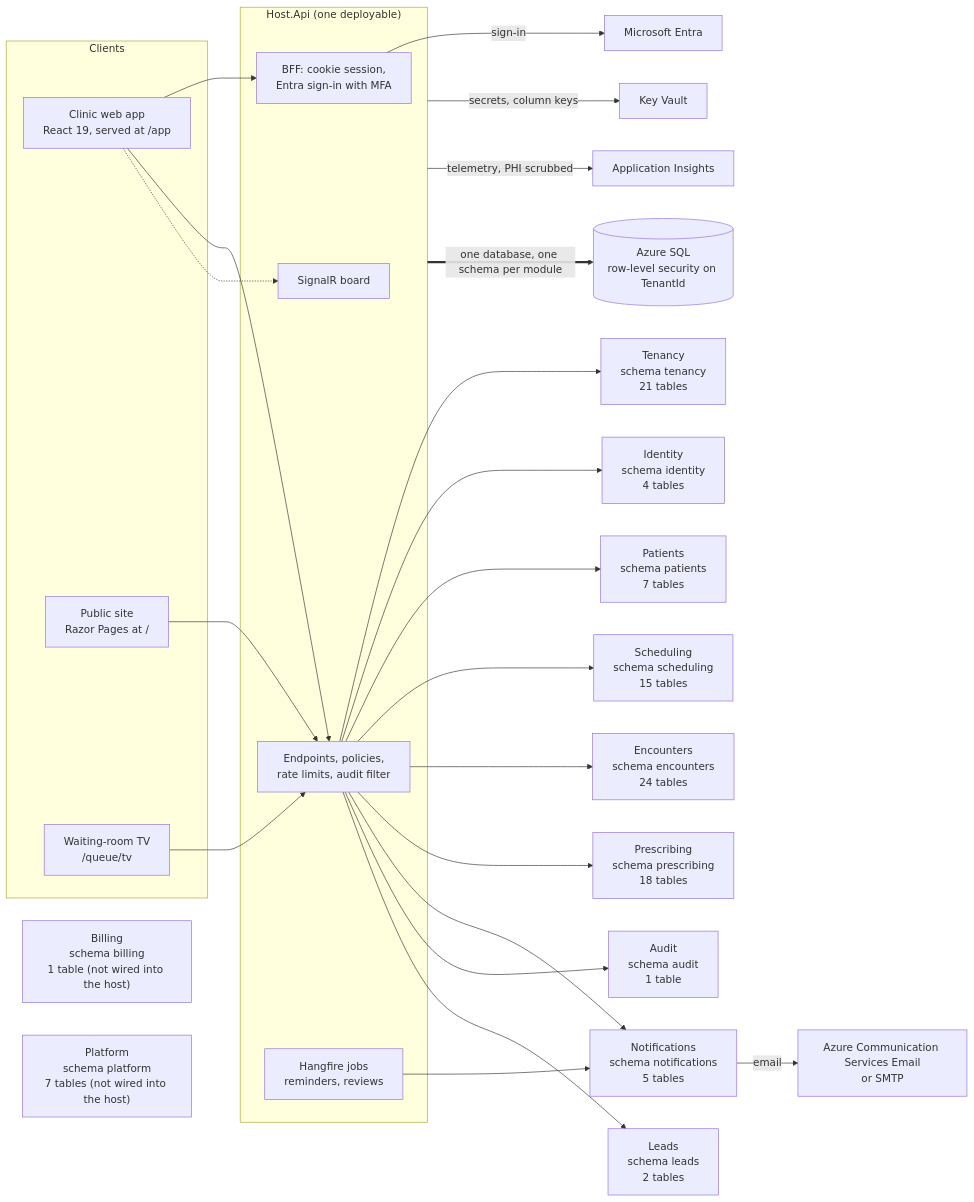
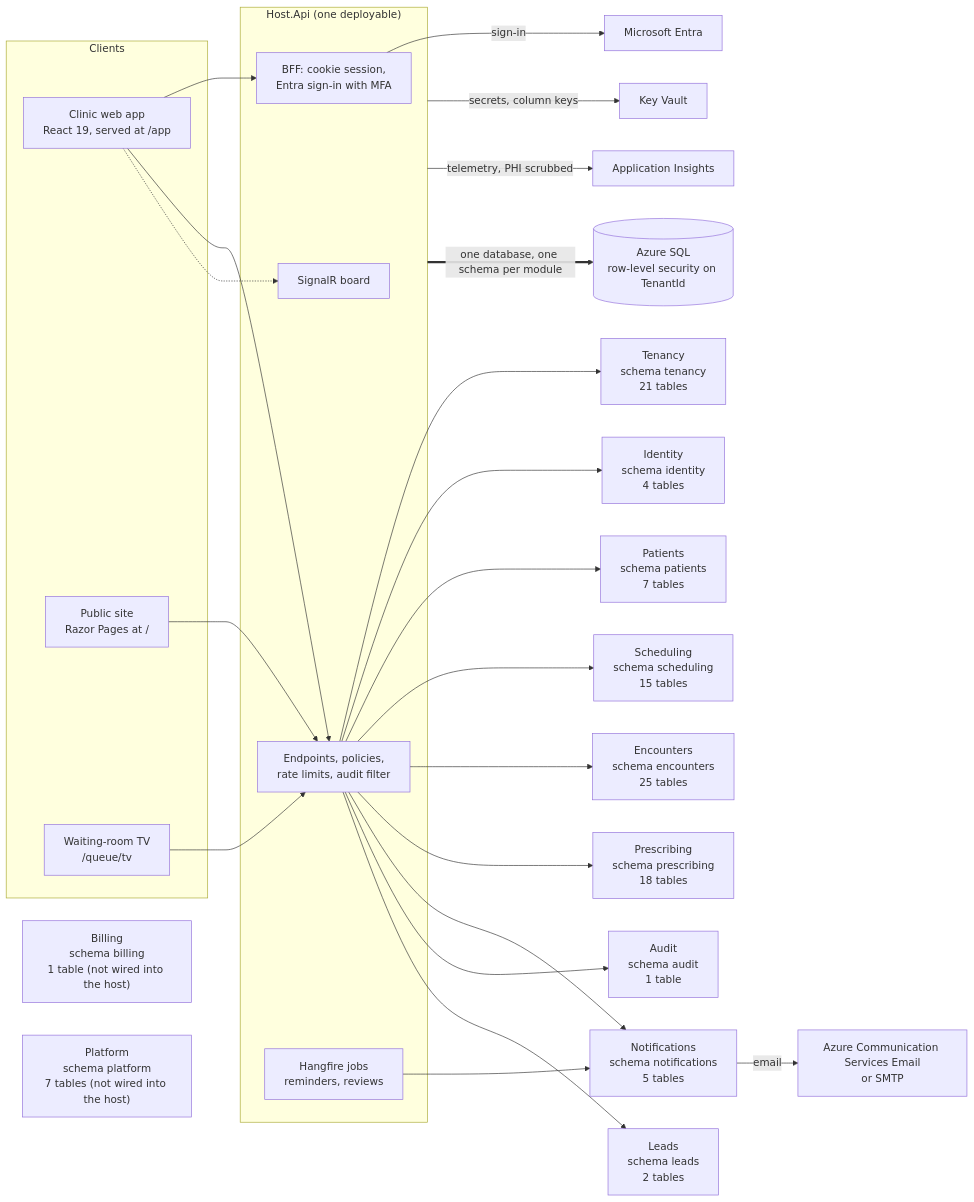
One commit to ALFRED-LUCIFER/medvya changed the first of 14 diagrams in docs/03-architecture/erd.md. Above: the diagram before and after it, drawn with Mermaid. The commit also changed other lines of this file and 25 other files, not shown here.

````diff
--- a/docs/03-architecture/erd.md
+++ b/docs/03-architecture/erd.md
@@ -15,36 +15,36 @@
 ```mermaid
 flowchart LR
   subgraph Clients
     web["Clinic web app<br/>React 19, served at /app"]
     site["Public site<br/>Razor Pages at /"]
     tv["Waiting-room TV<br/>/queue/tv"]
   end
   subgraph Host["Host.Api (one deployable)"]
     bff["BFF: cookie session,<br/>Entra sign-in with MFA"]
     api["Endpoints, policies,<br/>rate limits, audit filter"]
     hub["SignalR board"]
     jobs["Hangfire jobs<br/>reminders, reviews"]
   end
   web --> bff
   web --> api
   web -.-> hub
   tv --> api
   site --> api
   api --> Tenancy["Tenancy<br/>schema tenancy<br/>21 tables"]
   api --> Identity["Identity<br/>schema identity<br/>4 tables"]
   api --> Patients["Patients<br/>schema patients<br/>7 tables"]
   api --> Scheduling["Scheduling<br/>schema scheduling<br/>15 tables"]
-  api --> Encounters["Encounters<br/>schema encounters<br/>24 tables"]
+  api --> Encounters["Encounters<br/>schema encounters<br/>25 tables"]
   api --> Prescribing["Prescribing<br/>schema prescribing<br/>18 tables"]
   api --> Notifications["Notifications<br/>schema notifications<br/>5 tables"]
   api --> Audit["Audit<br/>schema audit<br/>1 table"]
   api --> Leads["Leads<br/>schema leads<br/>2 tables"]
   Billing["Billing<br/>schema billing<br/>1 table (not wired into the host)"]
   Platform["Platform<br/>schema platform<br/>7 tables (not wired into the host)"]
   jobs --> Notifications
   bff -->|"sign-in"| entra["Microsoft Entra"]
   Notifications -->|"email"| mail["Azure Communication Services Email<br/>or SMTP"]
   Host -->|"secrets, column keys"| kv["Key Vault"]
   Host -->|"telemetry, PHI scrubbed"| ai["Application Insights"]
   Host ==>|"one database, one schema per module"| sql[("Azure SQL<br/>row-level security on TenantId")]
 ```
````
